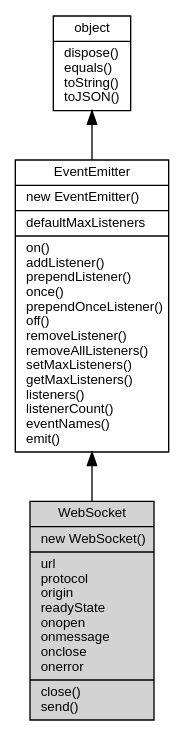
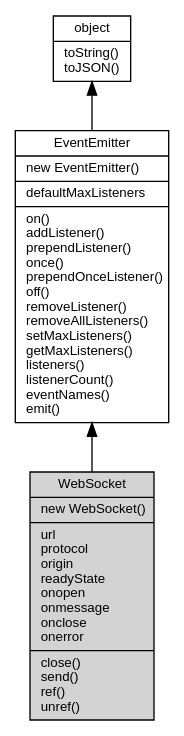
Before and after one commit to asionius/fibjs-ceph: the diagram in docs/object/ifs/WebSocket.md, drawn with Graphviz. The commit also changed other lines of this file and 138 other files, not shown here.

````diff
--- a/docs/object/ifs/WebSocket.md
+++ b/docs/object/ifs/WebSocket.md
@@ -31,12 +31,12 @@
 ```dot
 digraph {
     node [fontname="Helvetica,sans-Serif", fontsize=10, shape="record", style="filled", fillcolor="white"];
 
-    object [tooltip="object", URL="object.md", label="{object|dispose()\lequals()\ltoString()\ltoJSON()\l}"];
+    object [tooltip="object", URL="object.md", label="{object|toString()\ltoJSON()\l}"];
     EventEmitter [tooltip="EventEmitter", URL="EventEmitter.md", label="{EventEmitter|new EventEmitter()\l|defaultMaxListeners\l|on()\laddListener()\lprependListener()\lonce()\lprependOnceListener()\loff()\lremoveListener()\lremoveAllListeners()\lsetMaxListeners()\lgetMaxListeners()\llisteners()\llistenerCount()\leventNames()\lemit()\l}"];
-    WebSocket [tooltip="WebSocket", fillcolor="lightgray", label="{WebSocket|new WebSocket()\l|url\lprotocol\lorigin\lreadyState\lonopen\lonmessage\lonclose\lonerror\l|close()\lsend()\l}"];
+    WebSocket [tooltip="WebSocket", fillcolor="lightgray", id="me", label="{WebSocket|new WebSocket()\l|url\lprotocol\lorigin\lreadyState\lonopen\lonmessage\lonclose\lonerror\l|close()\lsend()\lref()\lunref()\l}"];
 
     object -> EventEmitter [dir=back];
     EventEmitter -> WebSocket [dir=back];
 }
 ```
````
